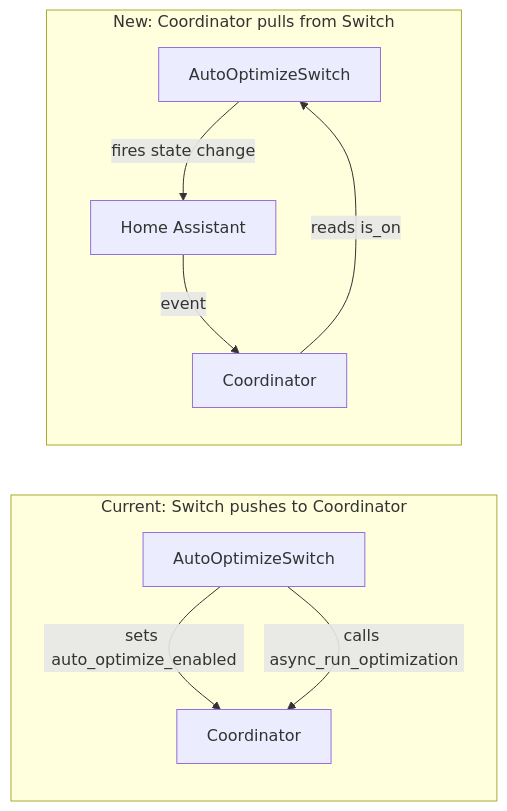
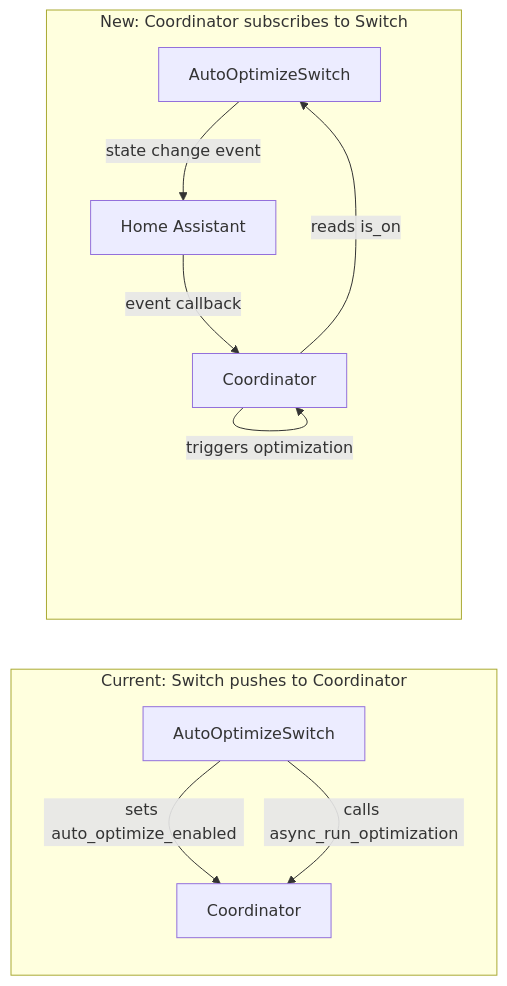
Before and after one commit to hass-energy/haeo: the diagram in .cursor/plans/auto-optimize_as_input_7670b367.plan.md, drawn with Mermaid. The commit also changed other lines of this file, not shown here.

````diff
--- a/.cursor/plans/auto-optimize_as_input_7670b367.plan.md
+++ b/.cursor/plans/auto-optimize_as_input_7670b367.plan.md
@@ -49,13 +50,14 @@
 ```mermaid
 flowchart LR
     subgraph before [Current: Switch pushes to Coordinator]
         switch1[AutoOptimizeSwitch] -->|"sets auto_optimize_enabled"| coord1[Coordinator]
         switch1 -->|"calls async_run_optimization"| coord1
     end
 
-    subgraph after [New: Coordinator pulls from Switch]
-        switch2[AutoOptimizeSwitch] -->|"fires state change"| ha[Home Assistant]
-        ha -->|"event"| coord2[Coordinator]
+    subgraph after [New: Coordinator subscribes to Switch]
+        switch2[AutoOptimizeSwitch] -->|"state change event"| ha[Home Assistant]
+        ha -->|"event callback"| coord2[Coordinator]
         coord2 -->|"reads is_on"| switch2
+        coord2 -->|"triggers optimization"| coord2
     end
 ```
````
